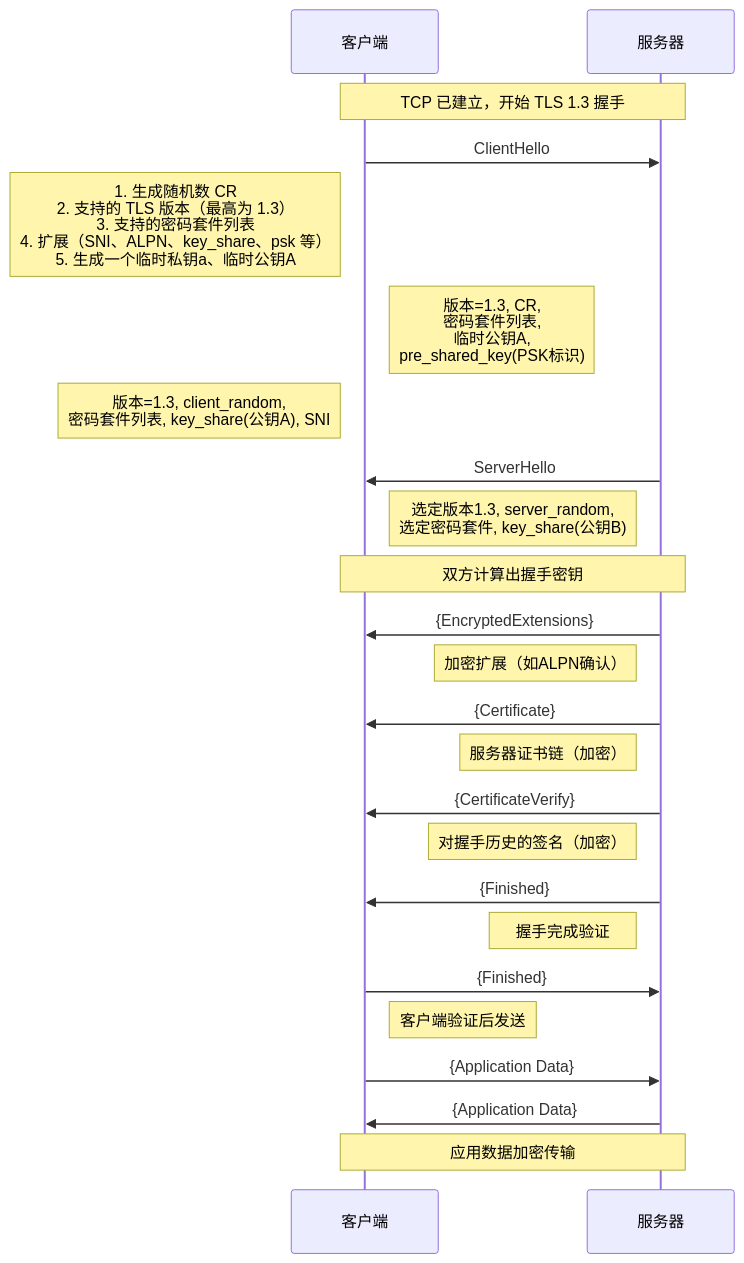
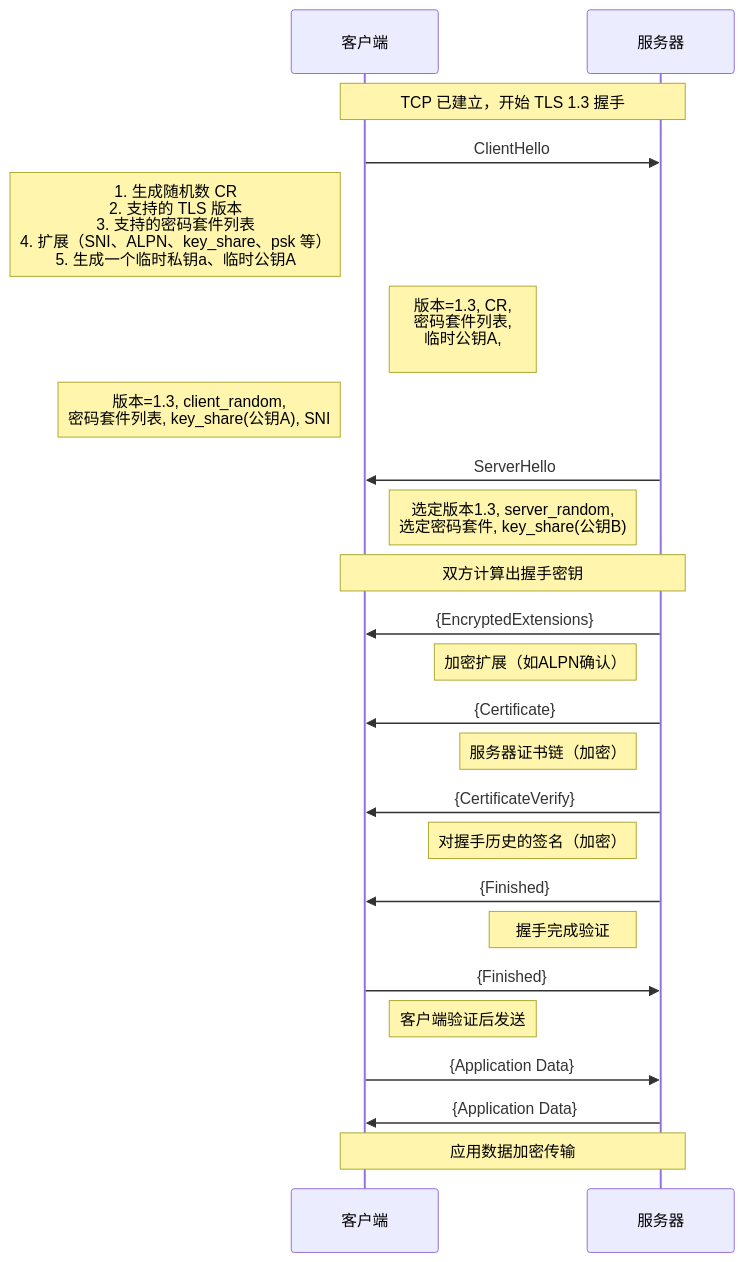
The diagram in all/TLS-1.3-通用.md (HY-10-8/iodraw-files), drawn with Mermaid before and after one commit.

Commit message:
2026-03-30 17:58:03 update

````diff
--- a/all/TLS-1.3-通用.md
+++ b/all/TLS-1.3-通用.md
@@ -1,36 +1,36 @@
 ```mermaid
 sequenceDiagram
     participant C as 客户端
     participant S as 服务器
 
     Note over C,S: TCP 已建立，开始 TLS 1.3 握手
 
     C->>S: ClientHello
-    Note left of C: 1. 生成随机数 CR<br/> 2. 支持的 TLS 版本（最高为 1.3）<br/> 3. 支持的密码套件列表<br/> 4. 扩展（SNI、ALPN、key_share、psk 等）<br/> 5. 生成一个临时私钥a、临时公钥A
-    Note right of C: 版本=1.3, CR,<br/> 密码套件列表,<br/> 临时公钥A,<br/> pre_shared_key(PSK标识)
+    Note left of C: 1. 生成随机数 CR<br/> 2. 支持的 TLS 版本<br/> 3. 支持的密码套件列表<br/> 4. 扩展（SNI、ALPN、key_share、psk 等）<br/> 5. 生成一个临时私钥a、临时公钥A
+    Note right of C: 版本=1.3, CR,<br/> 密码套件列表,<br/> 临时公钥A,<br/>
     Note left of C: 版本=1.3, client_random,<br/> 密码套件列表, key_share(公钥A), SNI
 
     S->>C: ServerHello
     Note left of S: 选定版本1.3, server_random,<br/> 选定密码套件, key_share(公钥B)
 
     Note over C,S: 双方计算出握手密钥
 
     S->>C: {EncryptedExtensions}
     Note left of S: 加密扩展（如ALPN确认）
 
     S->>C: {Certificate}
     Note left of S: 服务器证书链（加密）
 
     S->>C: {CertificateVerify}
     Note left of S: 对握手历史的签名（加密）
 
     S->>C: {Finished}
     Note left of S: 握手完成验证
 
     C->>S: {Finished}
     Note right of C: 客户端验证后发送
 
     C->>S: {Application Data}
     S->>C: {Application Data}
     Note over C,S: 应用数据加密传输
 ```
````
